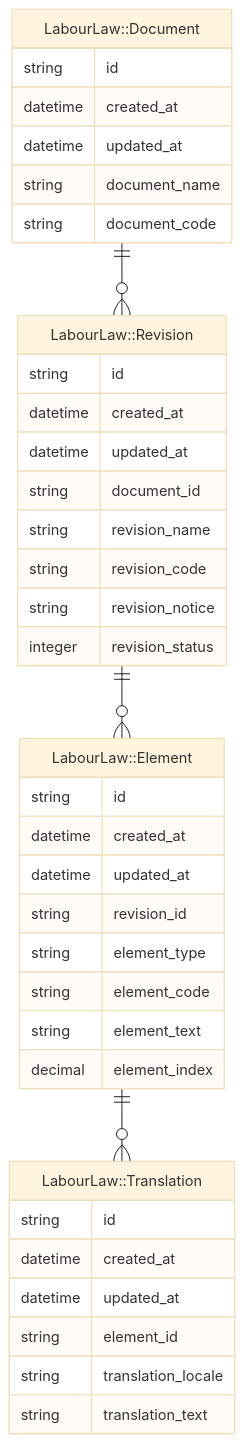
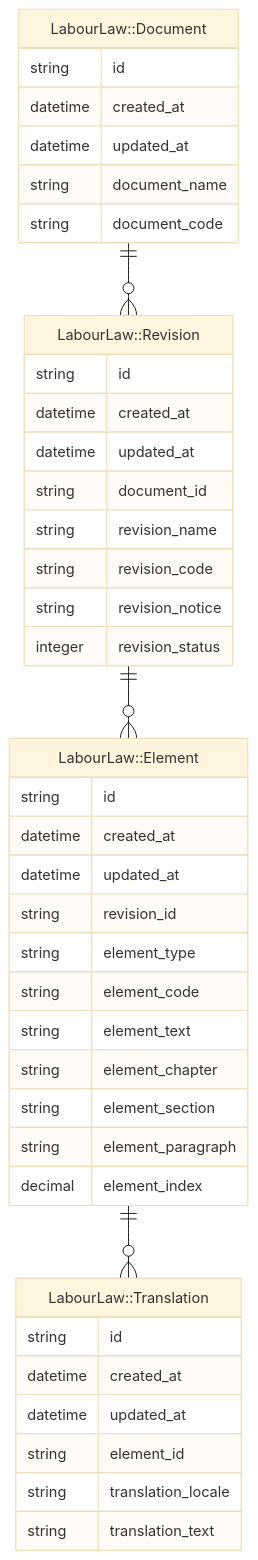
One commit to henrycatalinismith/666a.se changed the diagram in app/pages/labour-law-module.en.md. Above: the diagram before and after it, drawn with Mermaid (base theme). The commit also changed 1 other file, not shown here.

Commit message:
Update data model

```diff
--- a/app/pages/labour-law-module.en.md
+++ b/app/pages/labour-law-module.en.md
@@ -10,49 +10,52 @@
   <pre class="mermaid">
     erDiagram
 
       "LabourLaw::Document" {
-          string id  
-          datetime created_at  
-          datetime updated_at  
-          string document_name  
-          string document_code  
+          string id
+          datetime created_at
+          datetime updated_at
+          string document_name
+          string document_code
       }
 
       "LabourLaw::Document" ||--o{ "LabourLaw::Revision" : ""
 
       "LabourLaw::Revision" {
-          string id  
-          datetime created_at  
-          datetime updated_at  
-          string document_id  
-          string revision_name  
-          string revision_code  
-          string revision_notice  
-          integer revision_status  
+          string id
+          datetime created_at
+          datetime updated_at
+          string document_id
+          string revision_name
+          string revision_code
+          string revision_notice
+          integer revision_status
       }
 
       "LabourLaw::Revision" ||--o{ "LabourLaw::Element" : ""
 
       "LabourLaw::Element" {
-          string id  
-          datetime created_at  
-          datetime updated_at  
-          string revision_id  
-          string element_type  
-          string element_code  
-          string element_text  
-          decimal element_index  
+          string id
+          datetime created_at
+          datetime updated_at
+          string revision_id
+          string element_type
+          string element_code
+          string element_text
+          string element_chapter 
+          string element_section 
+          string element_paragraph 
+          decimal element_index
       }
 
       "LabourLaw::Element" ||--o{ "LabourLaw::Translation" : ""
 
       "LabourLaw::Translation" {
-          string id  
-          datetime created_at  
-          datetime updated_at  
-          string element_id  
-          string translation_locale  
-          string translation_text  
+          string id
+          datetime created_at
+          datetime updated_at
+          string element_id
+          string translation_locale
+          string translation_text
       }
 
   </pre>
```
